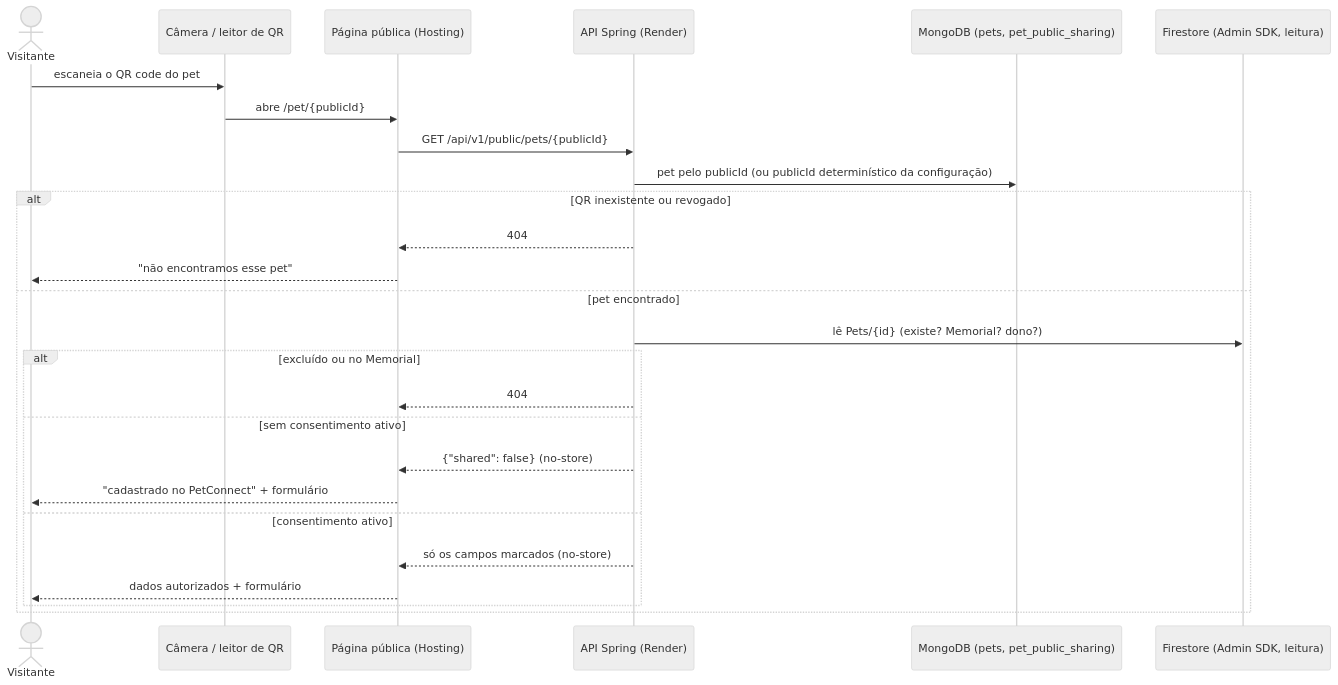
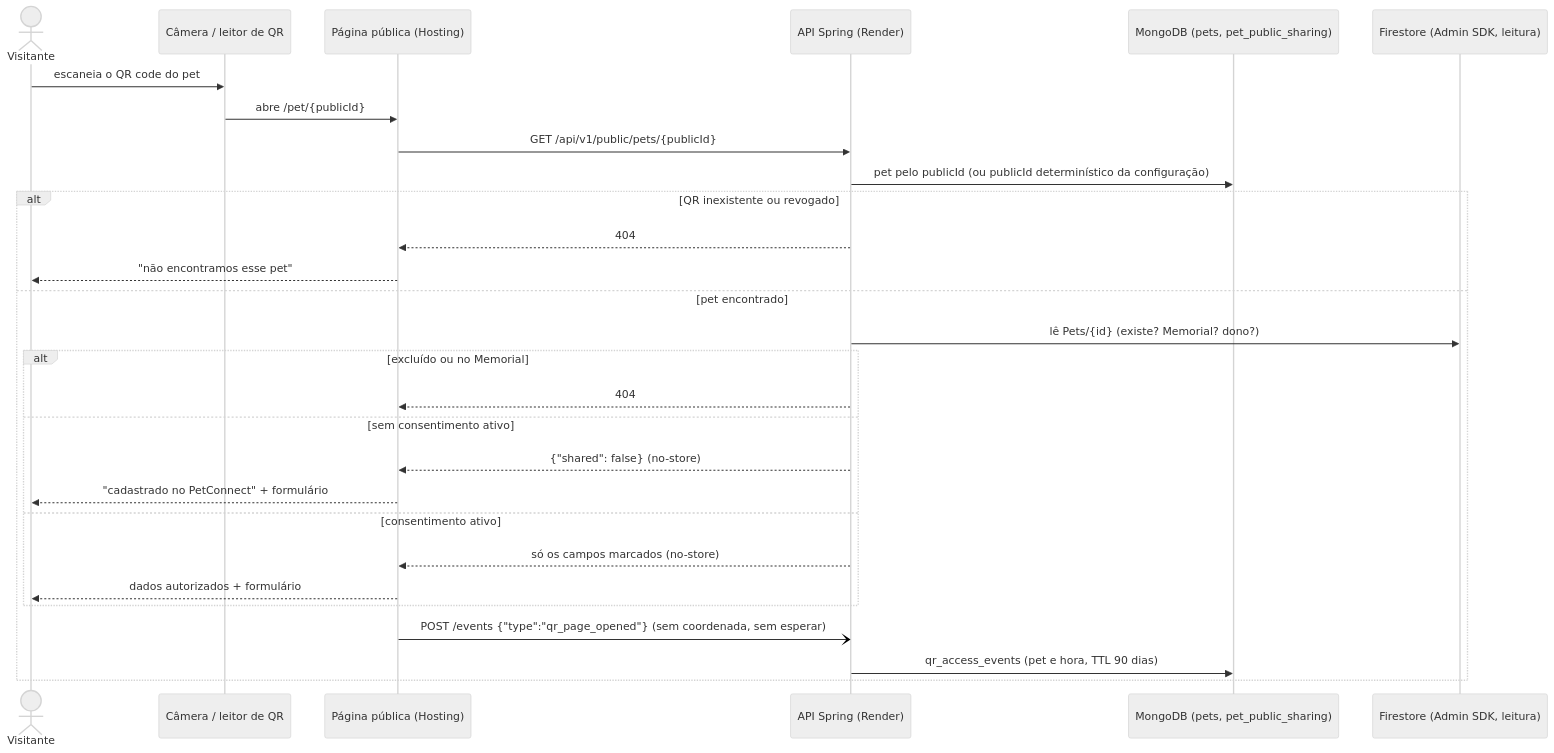
The third of 5 diagrams in docs/diagramas/sequencia.md (TecnoDreamer/PetConnect), drawn with Mermaid (neutral theme) before and after one commit. The commit also changed other lines of this file and 19 other files, not shown here.

````diff
--- a/docs/diagramas/sequencia.md
+++ b/docs/diagramas/sequencia.md
@@ -59,29 +59,31 @@
 ```mermaid
 sequenceDiagram
     actor Visitante
     participant Camera as Câmera / leitor de QR
     participant Web as Página pública (Hosting)
     participant API as API Spring (Render)
     participant Mongo as MongoDB (pets, pet_public_sharing)
     participant Store as Firestore (Admin SDK, leitura)
 
     Visitante->>Camera: escaneia o QR code do pet
     Camera->>Web: abre /pet/{publicId}
     Web->>API: GET /api/v1/public/pets/{publicId}
     API->>Mongo: pet pelo publicId (ou publicId determinístico da configuração)
     alt QR inexistente ou revogado
         API-->>Web: 404
         Web-->>Visitante: "não encontramos esse pet"
     else pet encontrado
         API->>Store: lê Pets/{id} (existe? Memorial? dono?)
         alt excluído ou no Memorial
             API-->>Web: 404
         else sem consentimento ativo
             API-->>Web: {"shared": false} (no-store)
             Web-->>Visitante: "cadastrado no PetConnect" + formulário
         else consentimento ativo
             API-->>Web: só os campos marcados (no-store)
             Web-->>Visitante: dados autorizados + formulário
         end
+        Web-)API: POST /events {"type":"qr_page_opened"} (sem coordenada, sem esperar)
+        API->>Mongo: qr_access_events (pet e hora, TTL 90 dias)
     end
 ```
````
